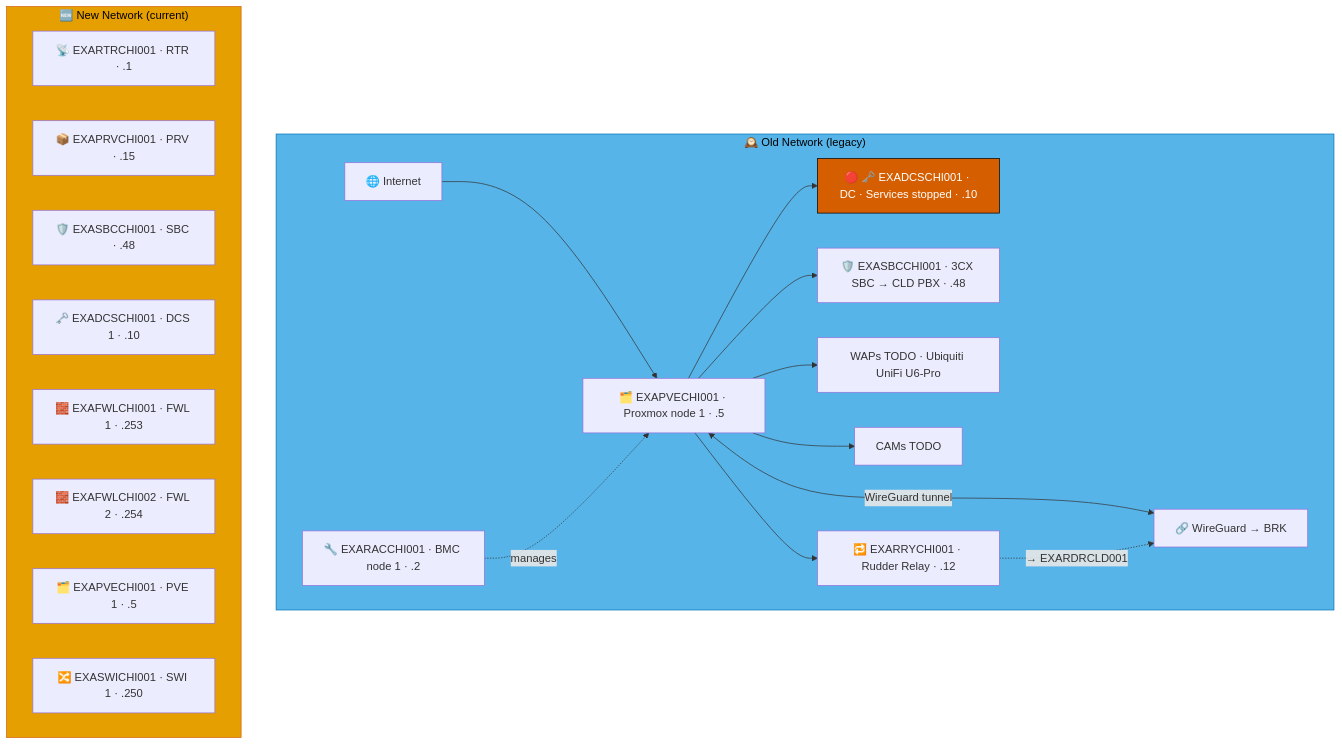
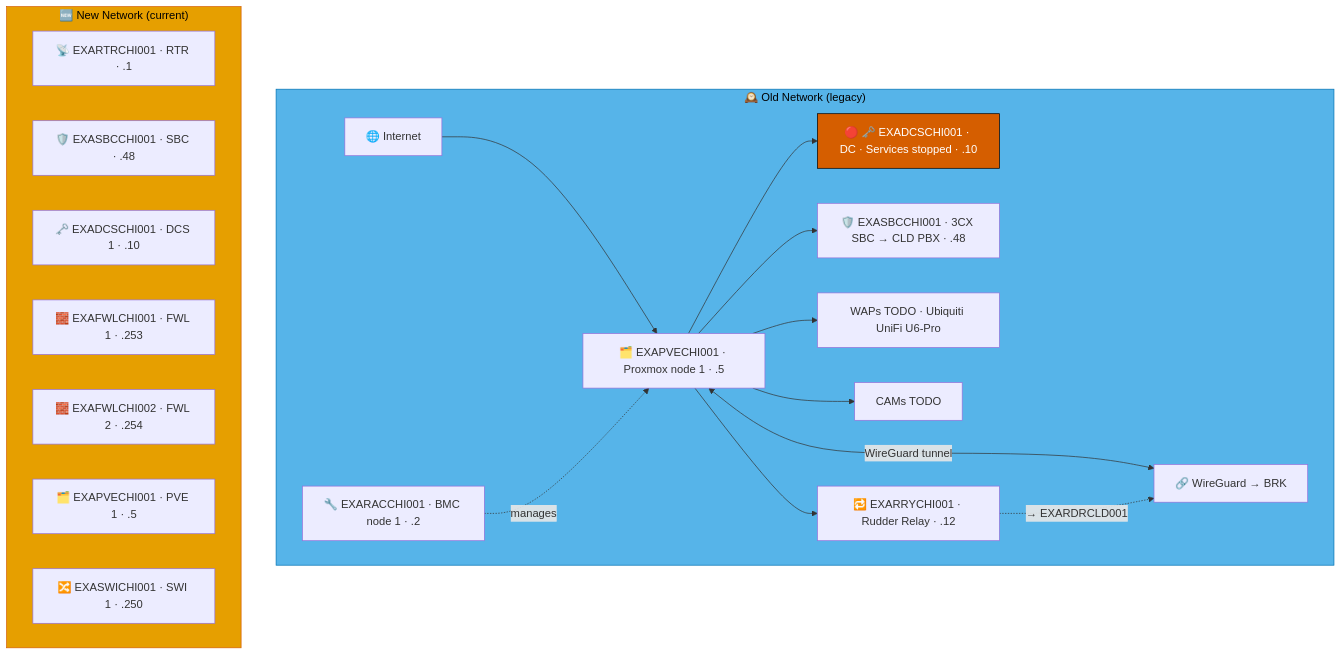
The sixth of 8 diagrams in docs/network-diagram/united-states.md (knightmare2600/example_music_infra), drawn with Mermaid before and after one commit. The commit also changed other lines of this file and 55 other files, not shown here.

````diff
--- a/docs/network-diagram/united-states.md
+++ b/docs/network-diagram/united-states.md
@@ -285,38 +280,37 @@
 ```mermaid
 graph TD
     subgraph OLD_CHI ["🕰️ Old Network (legacy)"]
       INET["🌐 Internet"]
       RAC["🔧 EXARACCHI001 · BMC node 1 · .2"]
       PVE["🗂️ EXAPVECHI001 · Proxmox node 1 · .5"]
       DC["🔴 🗝️ EXADCSCHI001 · DC · Services stopped · .10"]
       SBC["🛡️ EXASBCCHI001 · 3CX SBC → CLD PBX · .48"]
       RRY["🔁 EXARRYCHI001 · Rudder Relay · .12"]
       WAP["WAPs TODO · Ubiquiti UniFi U6-Pro"]
       CAM["CAMs TODO"]
       VPN["🔗 WireGuard → BRK"]
 
       INET --> PVE --> DC & SBC
       RAC -.->|"manages"| PVE
       PVE --> WAP & CAM
       PVE <-->|"WireGuard tunnel"| VPN
 
       PVE --> RRY
       RRY -. "→ EXARDRCLD001" .-> VPN
     end
     style OLD_CHI fill:#56B4E9,stroke:#0072B2,color:#000000
     %% GENERATED:NEW-NETWORK:CHI:START
     subgraph NEW_CHI ["🆕 New Network (current)"]
       N_RTR["📡 EXARTRCHI001 · RTR · .1"]
-      N_PRV["📦 EXAPRVCHI001 · PRV · .15"]
       N_SBC["🛡️ EXASBCCHI001 · SBC · .48"]
       N_DCS["🗝️ EXADCSCHI001 · DCS 1 · .10"]
       N_FWL["🧱 EXAFWLCHI001 · FWL 1 · .253"]
       N_FWL2["🧱 EXAFWLCHI002 · FWL 2 · .254"]
       N_PVE["🗂️ EXAPVECHI001 · PVE 1 · .5"]
       N_SWI["🔀 EXASWICHI001 · SWI 1 · .250"]
     end
     style NEW_CHI fill:#E69F00,stroke:#D55E00,color:#000000
     %% GENERATED:NEW-NETWORK:CHI:END
     classDef warn fill:#D55E00,stroke:#000000,color:#ffffff
     class DC warn
 ```
````
